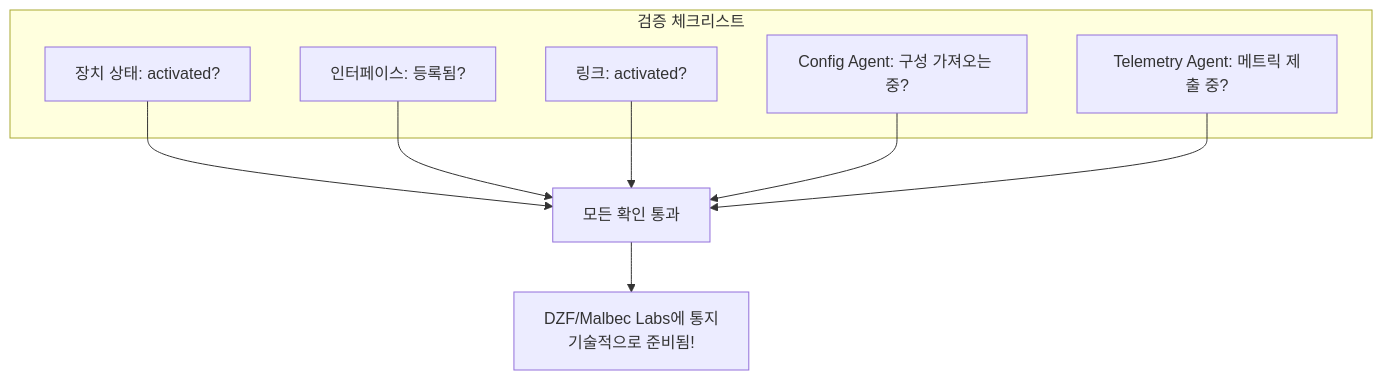
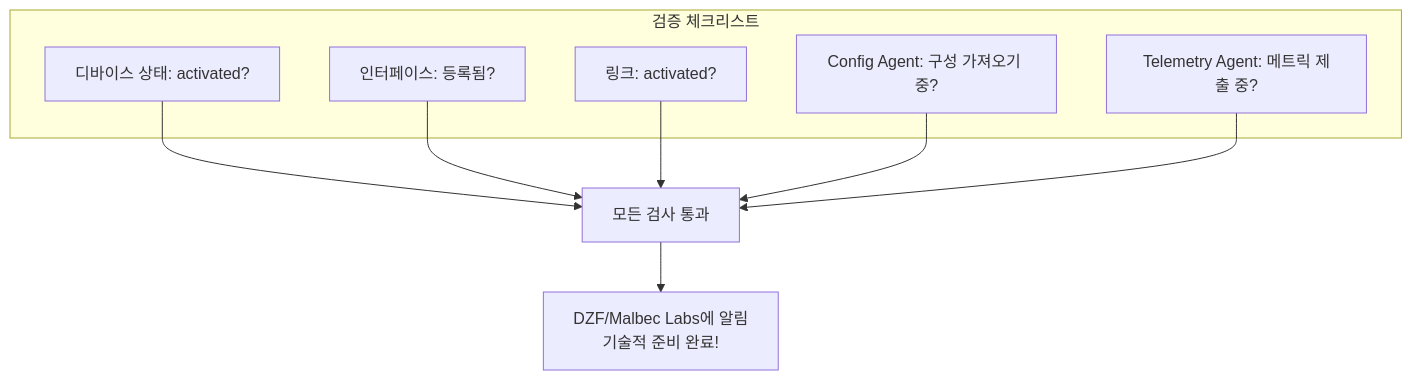
Diagram 13 of 13 in docs/contribute-provisioning.ko.md (malbeclabs/docs), drawn with Mermaid before and after one commit. The commit also changed other lines of this file and 160 other files, not shown here.

````diff
--- a/docs/contribute-provisioning.ko.md
+++ b/docs/contribute-provisioning.ko.md
@@ -960,18 +1032,18 @@
 ```mermaid
 flowchart TB
     subgraph "검증 체크리스트"
-        D[장치 상태: activated?]
+        D[디바이스 상태: activated?]
         I[인터페이스: 등록됨?]
         L[링크: activated?]
-        CA[Config Agent: 구성 가져오는 중?]
+        CA[Config Agent: 구성 가져오기 중?]
         TA[Telemetry Agent: 메트릭 제출 중?]
     end
 
     D --> PASS
     I --> PASS
     L --> PASS
     CA --> PASS
     TA --> PASS
 
-    PASS[모든 확인 통과] --> NOTIFY[DZF/Malbec Labs에 통지<br/>기술적으로 준비됨!]
+    PASS[모든 검사 통과] --> NOTIFY[DZF/Malbec Labs에 알림<br/>기술적 준비 완료!]
 ```
````
